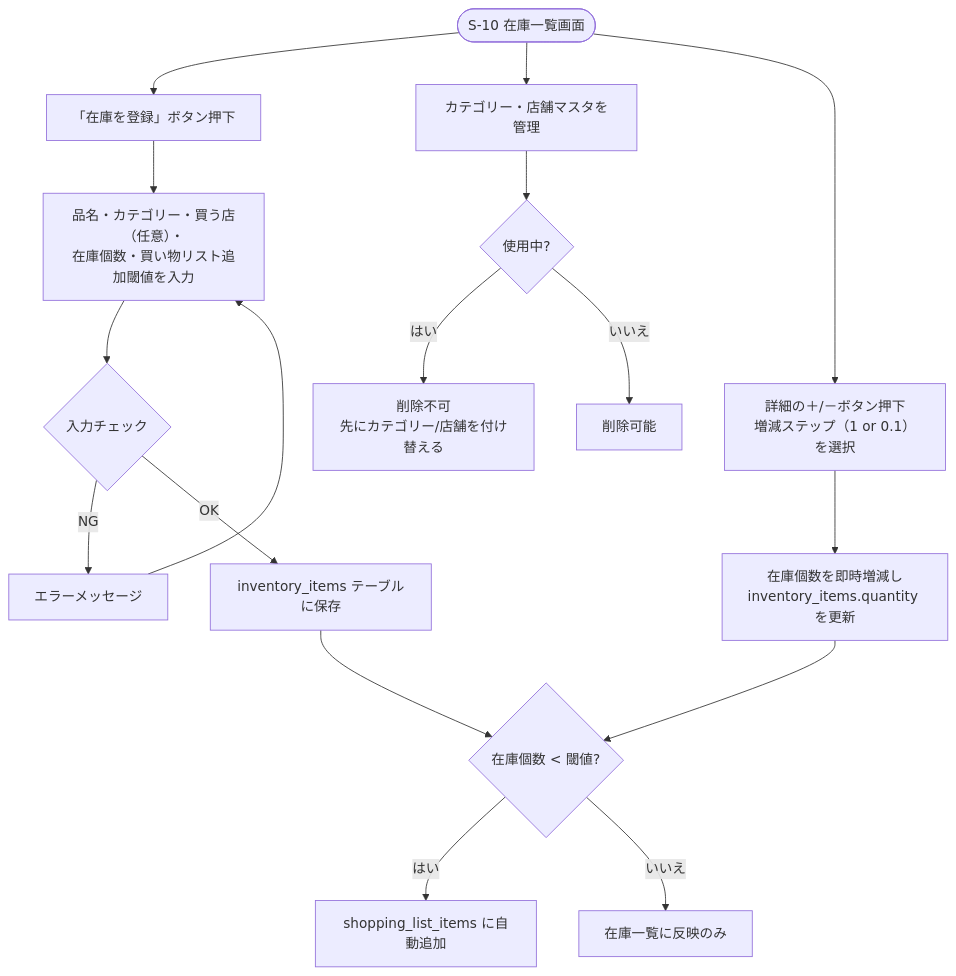
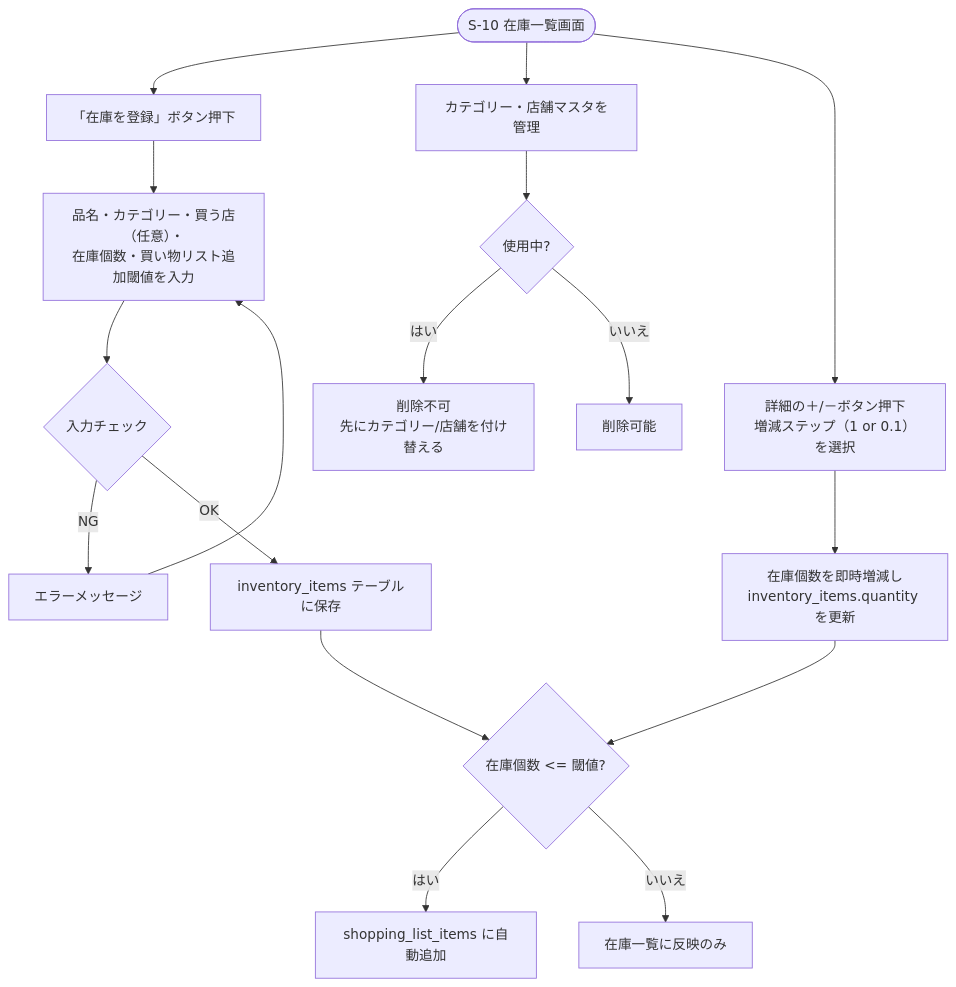
Before and after one commit to yamamotonaoki3/HomeLog: the diagram in docs/details/features/F07_zaiko_inventory.md, drawn with Mermaid. The commit also changed other lines of this file and 32 other files, not shown here.

````diff
--- a/docs/details/features/F07_zaiko_inventory.md
+++ b/docs/details/features/F07_zaiko_inventory.md
@@ -19,21 +19,21 @@
 ```mermaid
 flowchart TD
     A([S-10 在庫一覧画面]) --> B["「在庫を登録」ボタン押下"]
     B --> C[品名・カテゴリー・買う店（任意）・\n在庫個数・買い物リスト追加閾値を入力]
     C --> D{入力チェック}
     D -- NG --> E[エラーメッセージ]
     E --> C
     D -- OK --> F[inventory_items テーブルに保存]
-    F --> G{在庫個数 < 閾値?}
+    F --> G{在庫個数 <= 閾値?}
     G -- はい --> H[shopping_list_items に自動追加]
     G -- いいえ --> I[在庫一覧に反映のみ]
 
     A --> J[カテゴリー・店舗マスタを管理]
     J --> K{使用中?}
     K -- はい --> L[削除不可\n先にカテゴリー/店舗を付け替える]
     K -- いいえ --> M[削除可能]
 
     A --> N["詳細の＋/－ボタン押下\n増減ステップ（1 or 0.1）を選択"]
     N --> O[在庫個数を即時増減し\ninventory_items.quantity を更新]
     O --> G
 ```
````
